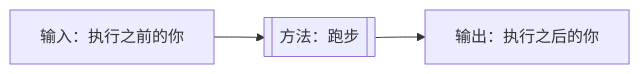
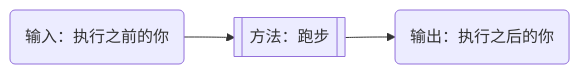
One commit to Dreamwalkor/little-book-of-ai changed the fifth of 7 diagrams in 04.md. Above: the diagram before and after it, drawn with Mermaid. The commit also changed other lines of this file and 2 other files, not shown here.

````diff
--- a/04.md
+++ b/04.md
@@ -81,5 +81,5 @@
 ```mermaid
 flowchart LR
 
-input[输入：执行之前的你] --> method[[方法：跑步]] --> output[输出：执行之后的你]
+input(输入：执行之前的你) --> method[[方法：跑步]] --> output(输出：执行之后的你)
 ```
````
